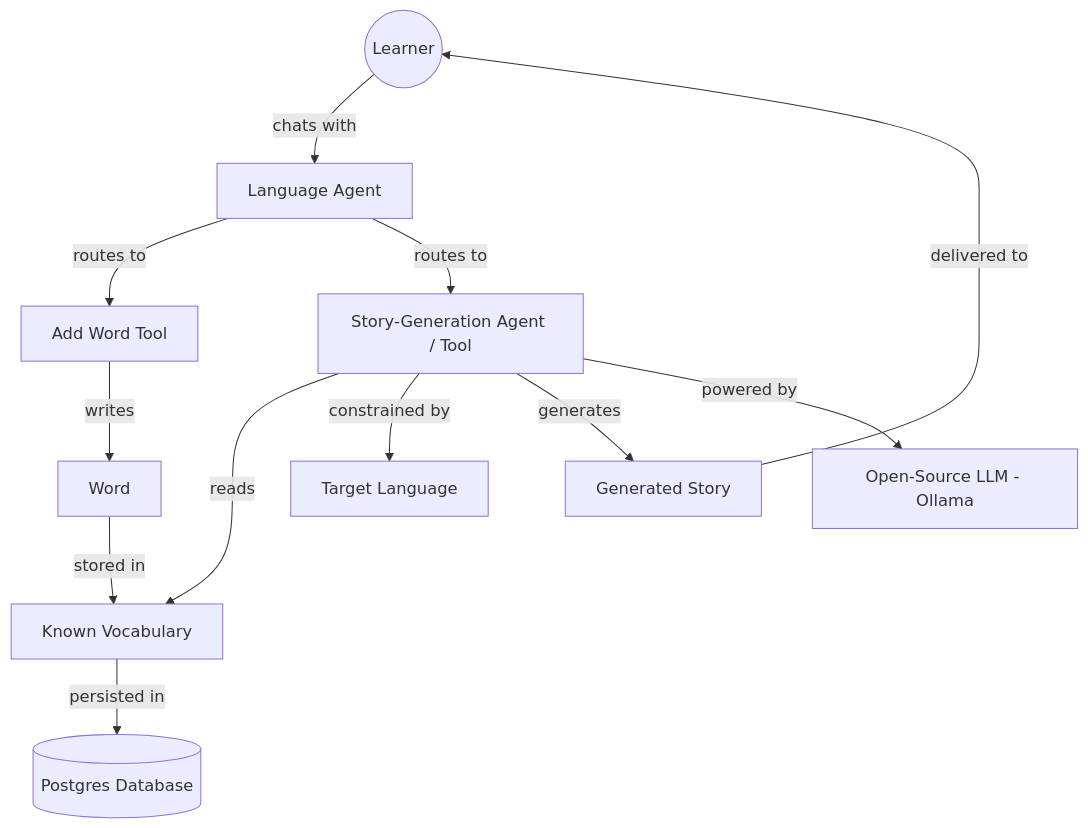
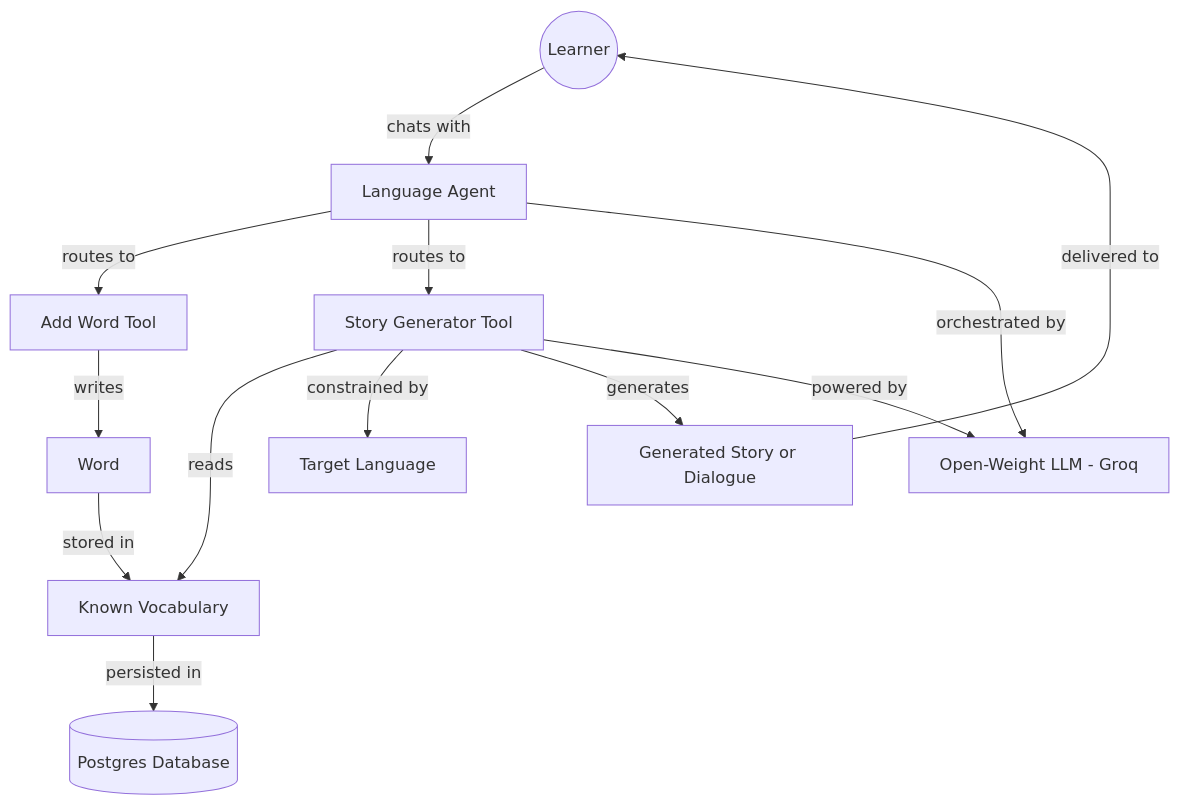
The diagram in docs/concept-map.md (stanley-yang-2001/bpllc_project), drawn with Mermaid before and after one commit. The commit also changed other lines of this file and 48 other files, not shown here.

````diff
--- a/docs/concept-map.md
+++ b/docs/concept-map.md
@@ -3,25 +3,26 @@
 ```mermaid
 flowchart TD
     Learner((Learner))
     Vocabulary[Known Vocabulary]
     Word[Word]
     Language[Target Language]
-    Story[Generated Story]
+    Story[Generated Story or Dialogue]
     Agent[Language Agent]
     Tool1[Add Word Tool]
-    Tool2[Story-Generation Agent / Tool]
-    LLM[Open-Source LLM - Ollama]
+    Tool2[Story Generator Tool]
+    LLM[Open-Weight LLM - Groq]
     DB[(Postgres Database)]
 
     Learner -- chats with --> Agent
     Agent -- routes to --> Tool1
     Agent -- routes to --> Tool2
     Tool1 -- writes --> Word
     Word -- stored in --> Vocabulary
     Vocabulary -- persisted in --> DB
     Tool2 -- reads --> Vocabulary
     Tool2 -- constrained by --> Language
     Tool2 -- generates --> Story
     Tool2 -- powered by --> LLM
+    Agent -- orchestrated by --> LLM
     Story -- delivered to --> Learner
 ```
````
